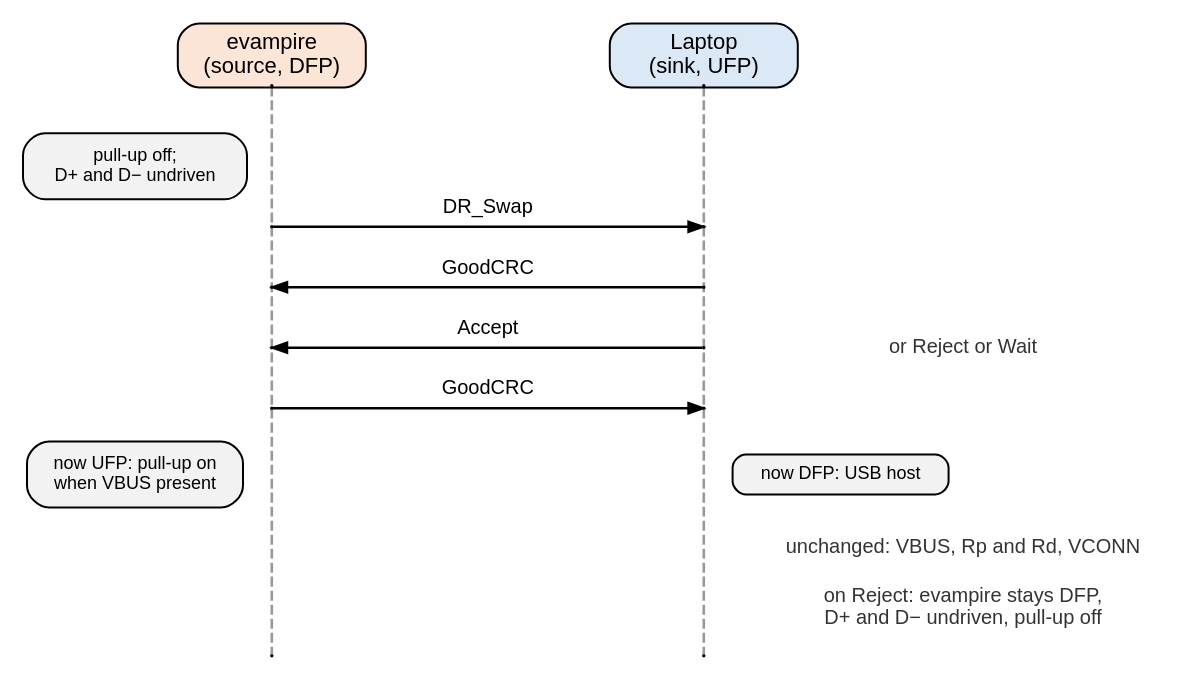
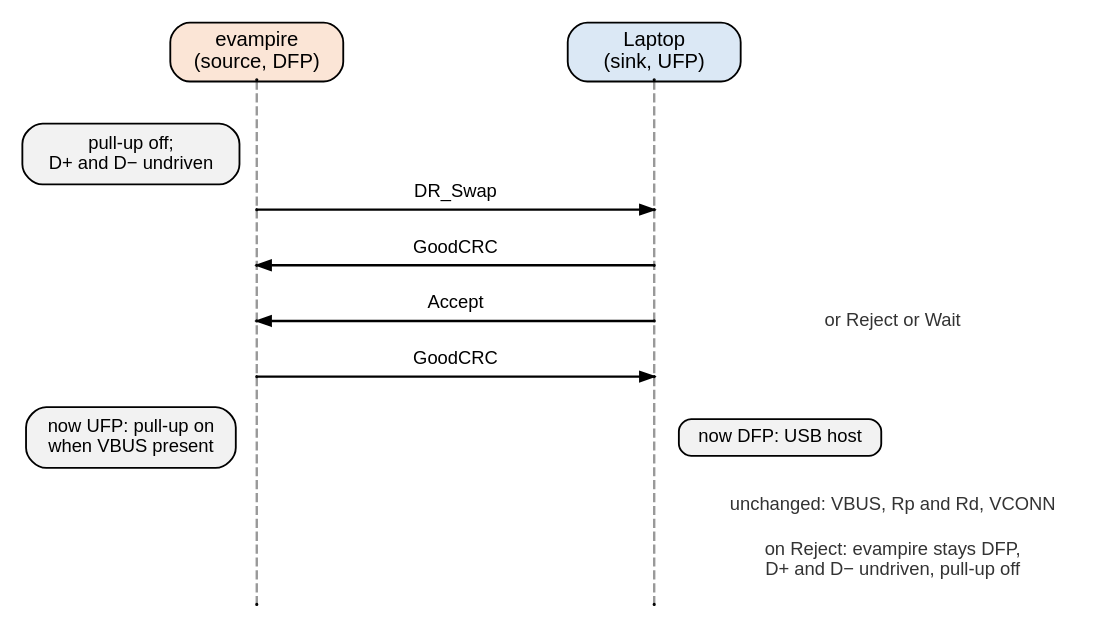
Before and after one commit to mithro/evampire: the diagram in docs/usb-serial/usb-pd-roles/dr-swap.dot, drawn with Graphviz. The commit also changed 10 other files, not shown here.

First line of the commit message:
Narrow the wide USB serial timing and sequence diagrams

```diff
--- a/docs/usb-serial/usb-pd-roles/dr-swap.dot
+++ b/docs/usb-serial/usb-pd-roles/dr-swap.dot
@@ -1,42 +1,42 @@
 // Data role swap with evampire as source: the data roles change, the power roles do not.
 // Generated by sequences.py (do not edit by hand). Time runs
 // downwards and is not to scale.
 //
 // SPDX-License-Identifier: Apache-2.0
 
 digraph dr_swap {
-    graph [layout=neato, splines=false, overlap=true, fontname="Helvetica", outputorder=edgesfirst];
+    graph [layout=neato, splines=false, overlap=true, fontname="Helvetica", outputorder=edgesfirst, size="7.4,30"];
     node  [shape=point, width=0.01, height=0.01, label="", fontname="Helvetica"];
     edge  [arrowsize=0.7, penwidth=1.3];
 
     h19 [pos="1.20,0.35!", shape=box, style="rounded,filled", fillcolor="#fbe5d6", label="evampire\n(source, DFP)", width=1.3, height=0.42, fontsize=11];
     h22 [pos="4.20,0.35!", shape=box, style="rounded,filled", fillcolor="#dbe8f5", label="Laptop\n(sink, UFP)", width=1.3, height=0.42, fontsize=11];
-    t1 [pos="0.25,-0.42!", shape=box, style="rounded,filled", fillcolor="#f2f2f2", label="pull-up off;\nD+ and D− undriven", width=1.5, height=0.46, fontsize=9];
+    t1 [pos="0.25,-0.42!", shape=box, style="rounded,filled", fillcolor="#f2f2f2", label="pull-up off;\nD+ and D− undriven", width=1.5, height=0.46, fontsize=10];
     p2 [pos="1.20,-0.84!"];
     p3 [pos="4.20,-0.84!"];
     p2 -> p3 [color="#000000", style=solid];
     t4 [pos="2.70,-0.71!", shape=plaintext, label="DR_Swap", width=2.4, height=0.17, fontsize=10, fontcolor="#000000"];
     p5 [pos="4.20,-1.26!"];
     p6 [pos="1.20,-1.26!"];
     p5 -> p6 [color="#000000", style=solid];
     t7 [pos="2.70,-1.13!", shape=plaintext, label="GoodCRC", width=2.4, height=0.17, fontsize=10, fontcolor="#000000"];
     p8 [pos="4.20,-1.68!"];
     p9 [pos="1.20,-1.68!"];
     p8 -> p9 [color="#000000", style=solid];
     t10 [pos="2.70,-1.55!", shape=plaintext, label="Accept", width=2.4, height=0.17, fontsize=10, fontcolor="#000000"];
     t11 [pos="6.00,-1.68!", shape=plaintext, label="or Reject or Wait", width=2.6, height=0.17, fontsize=10, fontcolor="#333333"];
     p12 [pos="1.20,-2.10!"];
     p13 [pos="4.20,-2.10!"];
     p12 -> p13 [color="#000000", style=solid];
     t14 [pos="2.70,-1.97!", shape=plaintext, label="GoodCRC", width=2.4, height=0.17, fontsize=10, fontcolor="#000000"];
-    t15 [pos="0.25,-2.56!", shape=box, style="rounded,filled", fillcolor="#f2f2f2", label="now UFP: pull-up on\nwhen VBUS present", width=1.5, height=0.46, fontsize=9];
-    t16 [pos="5.15,-2.56!", shape=box, style="rounded,filled", fillcolor="#f2f2f2", label="now DFP: USB host", width=1.5, height=0.28, fontsize=9];
+    t15 [pos="0.25,-2.56!", shape=box, style="rounded,filled", fillcolor="#f2f2f2", label="now UFP: pull-up on\nwhen VBUS present", width=1.5, height=0.46, fontsize=10];
+    t16 [pos="5.15,-2.56!", shape=box, style="rounded,filled", fillcolor="#f2f2f2", label="now DFP: USB host", width=1.5, height=0.28, fontsize=10];
     t17 [pos="6.00,-3.07!", shape=plaintext, label="unchanged: VBUS, Rp and Rd, VCONN", width=2.6, height=0.17, fontsize=10, fontcolor="#333333"];
     t18 [pos="6.00,-3.49!", shape=plaintext, label="on Reject: evampire stays DFP,\nD+ and D− undriven, pull-up off", width=2.6, height=0.34, fontsize=10, fontcolor="#333333"];
     p20 [pos="1.20,0.14!"];
     p21 [pos="1.20,-3.82!"];
     p20 -> p21 [arrowhead=none, style=dashed, color="#999999"];
     p23 [pos="4.20,0.14!"];
     p24 [pos="4.20,-3.82!"];
     p23 -> p24 [arrowhead=none, style=dashed, color="#999999"];
 }
```
